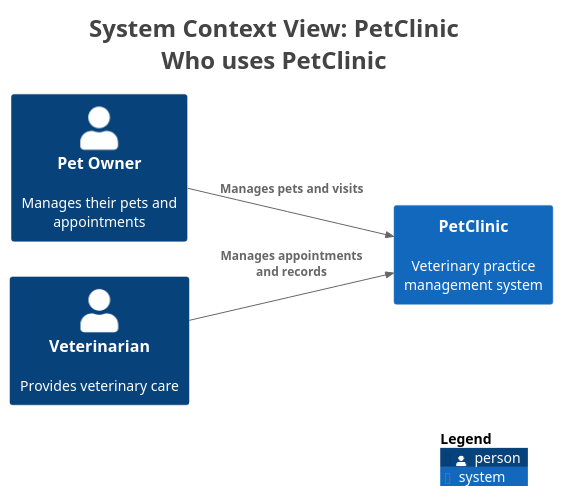
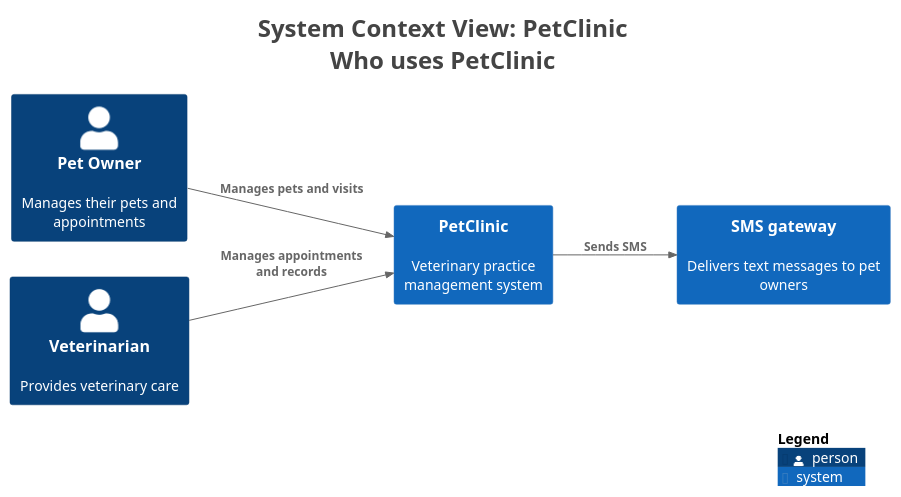
Before and after one commit to victorrentea/petclinic: the diagram in petclinic-backend/docs/generated/c4views/C1-Context.puml, drawn with PlantUML. The commit also changed 3 other files, not shown here.

```diff
--- a/petclinic-backend/docs/generated/c4views/C1-Context.puml
+++ b/petclinic-backend/docs/generated/c4views/C1-Context.puml
@@ -1,26 +1,28 @@
 @startuml
 title <size:24>System Context View: PetClinic</size>\n<size:24>Who uses PetClinic</size>
 
 set separator none
 left to right direction
 
 <style>
   root {
     BackgroundColor: #ffffff
     FontColor: #444444
   }
 </style>
 
 !include <C4/C4>
 !include <C4/C4_Context>
 
 Person(PetOwner, "Pet Owner", $descr="Manages their pets and appointments", $tags="", $link="")
 Person(Veterinarian, "Veterinarian", $descr="Provides veterinary care", $tags="", $link="")
+System(SMSgateway, "SMS gateway", $descr="Delivers text messages to pet owners", $tags="", $link="")
 System(PetClinic, "PetClinic", $descr="Veterinary practice management system", $tags="", $link="")
 
 Rel(PetOwner, PetClinic, "Manages pets and visits", $techn="", $tags="", $link="")
 Rel(Veterinarian, PetClinic, "Manages appointments and records", $techn="", $tags="", $link="")
+Rel(PetClinic, SMSgateway, "Sends SMS", $techn="", $tags="", $link="")
 
 SHOW_LEGEND(true)
 hide stereotypes
 @enduml
```
